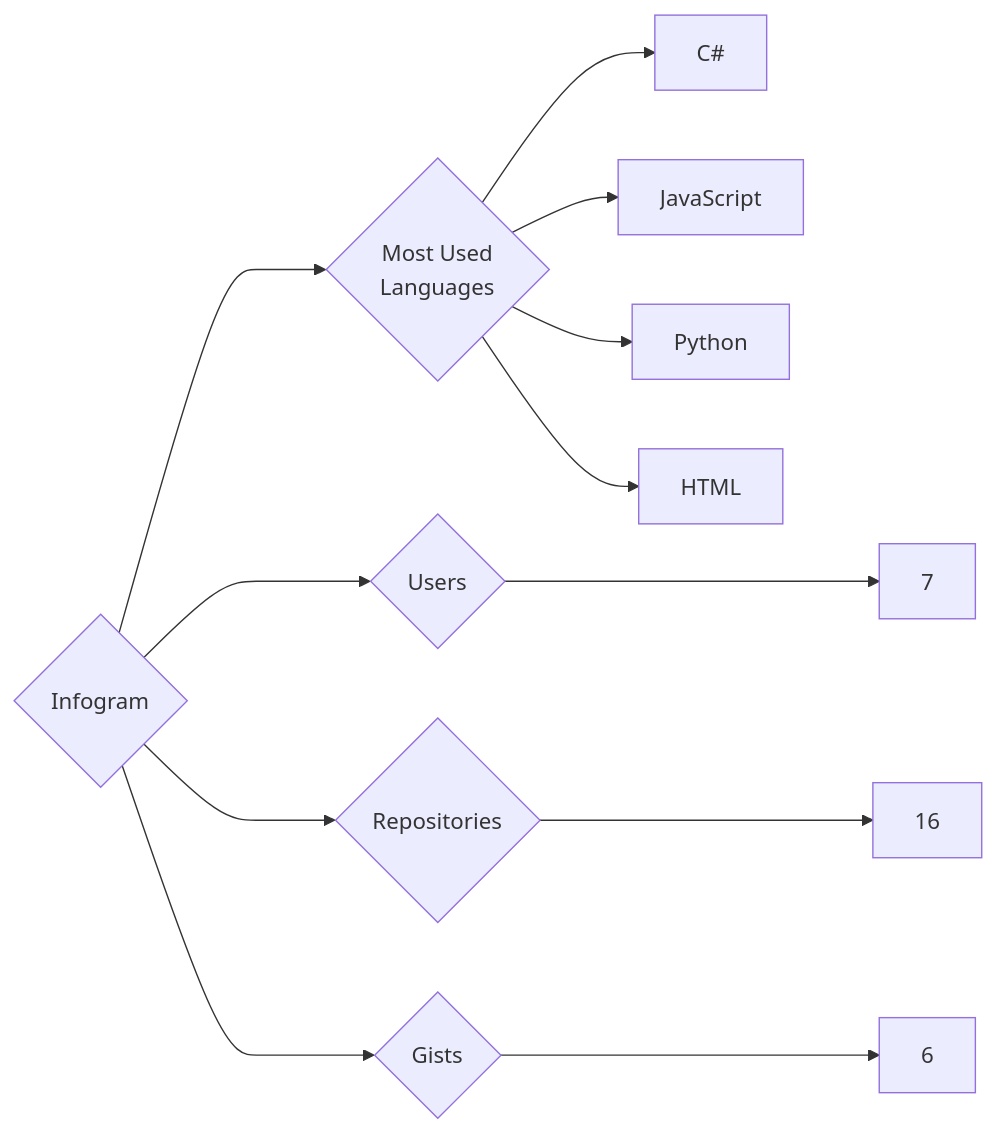
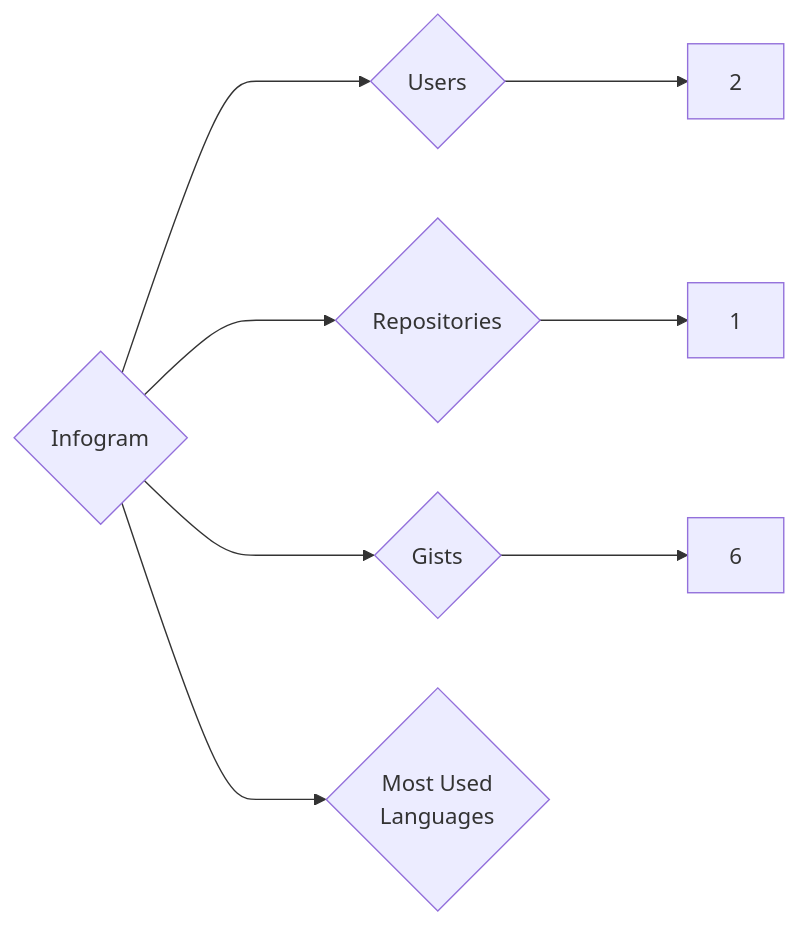
One commit to trickest/insiders changed the diagram in targets/Infogram/README.md. Above: the diagram before and after it, drawn with Mermaid. The commit also changed 1170 other files, not shown here.

````diff
--- a/targets/Infogram/README.md
+++ b/targets/Infogram/README.md
@@ -3,12 +3,8 @@
 ```mermaid
 graph LR
 COMPANY_NAME{Infogram}
-COMPANY_NAME ---> U{Users} ---> UN[7]
-COMPANY_NAME ---> R{Repositories} ---> RN[16]
+COMPANY_NAME ---> U{Users} ---> UN[2]
+COMPANY_NAME ---> R{Repositories} ---> RN[1]
 COMPANY_NAME ---> G{Gists} ---> GN[6]
 COMPANY_NAME ---> ML{Most Used<br>Languages}
-ML --> C#[C#]
-ML --> JavaScript[JavaScript]
-ML --> Python[Python]
-ML --> HTML[HTML]
 ```
````
